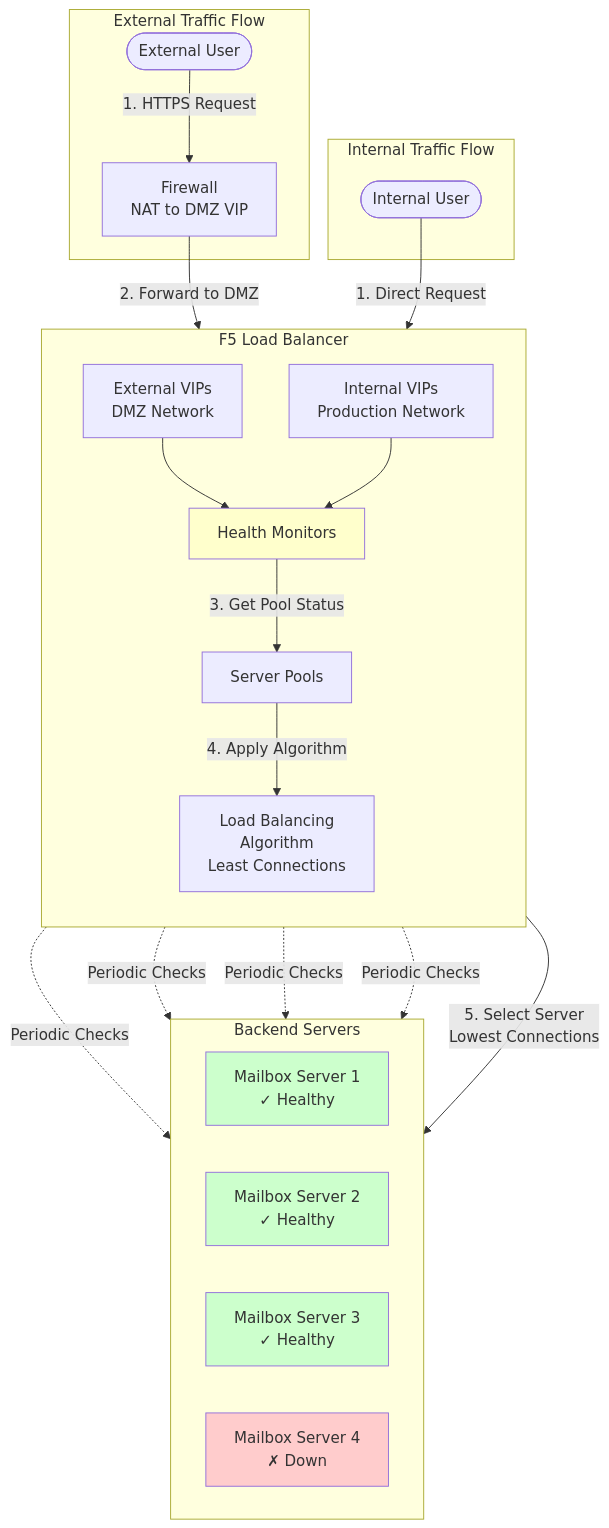
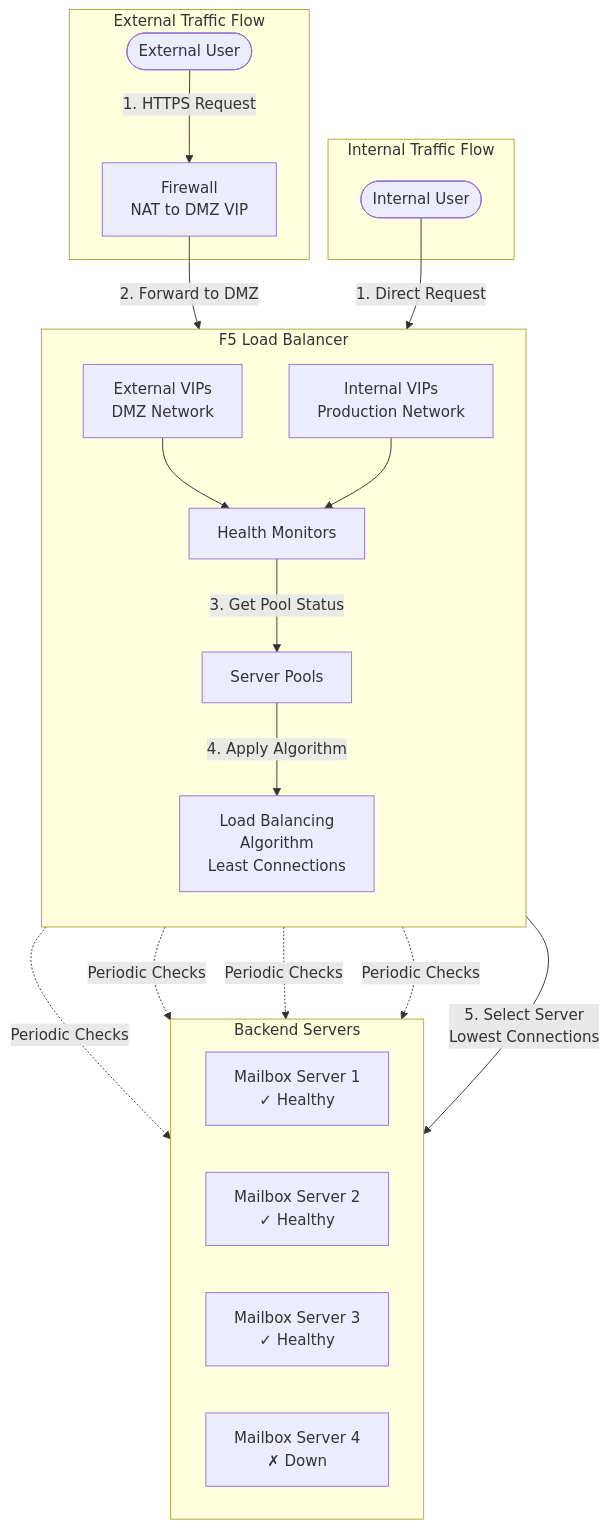
One commit to Azure/AzureLocal-Supportability changed the fourth of 4 diagrams in TSG/Networking/M365/M365_Network_Design_Implementation_Guide.md. Above: the diagram before and after it, drawn with Mermaid. The commit also changed other lines of this file, not shown here.

Commit message:
change mermaid diagram color to default to fit for different view color contrast

````diff
--- a/TSG/Networking/M365/M365_Network_Design_Implementation_Guide.md
+++ b/TSG/Networking/M365/M365_Network_Design_Implementation_Guide.md
@@ -579,47 +564,41 @@
 ```mermaid
 flowchart TB
     subgraph External["External Traffic Flow"]
         ExtUser([External User])
         FW1[Firewall<br/>NAT to DMZ VIP]
     end
     
     subgraph Internal["Internal Traffic Flow"]
         IntUser([Internal User])
     end
     
     subgraph LB["F5 Load Balancer"]
         direction TB
         ExtVIP[External VIPs<br/>DMZ Network]
         IntVIP[Internal VIPs<br/>Production Network]
         Health[Health Monitors]
         Pool[Server Pools]
         Algo[Load Balancing<br/>Algorithm<br/>Least Connections]
     end
     
     subgraph Backend["Backend Servers"]
         direction LR
         MB1[Mailbox Server 1<br/>✓ Healthy]
         MB2[Mailbox Server 2<br/>✓ Healthy]
         MB3[Mailbox Server 3<br/>✓ Healthy]
         MB4[Mailbox Server 4<br/>✗ Down]
     end
     
     ExtUser -->|1. HTTPS Request| FW1
     FW1 -->|2. Forward to DMZ| ExtVIP
     IntUser -->|1. Direct Request| IntVIP
     
     ExtVIP --> Health
     IntVIP --> Health
     
     Health -.->|Periodic Checks| MB1 & MB2 & MB3 & MB4
     Health -->|3. Get Pool Status| Pool
     
     Pool -->|4. Apply Algorithm| Algo
     Algo -->|5. Select Server<br/>Lowest Connections| MB2
-    
-    style MB4 fill:#ffcccc
-    style MB1 fill:#ccffcc
-    style MB2 fill:#ccffcc
-    style MB3 fill:#ccffcc
-    style Health fill:#ffffcc
 ```
````
